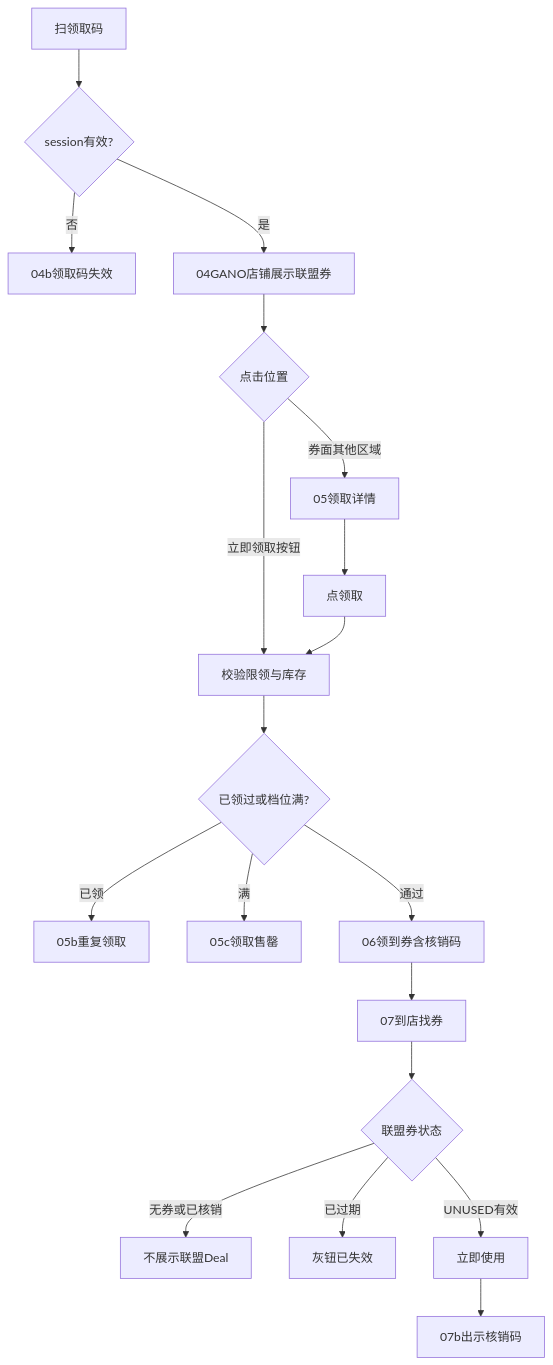
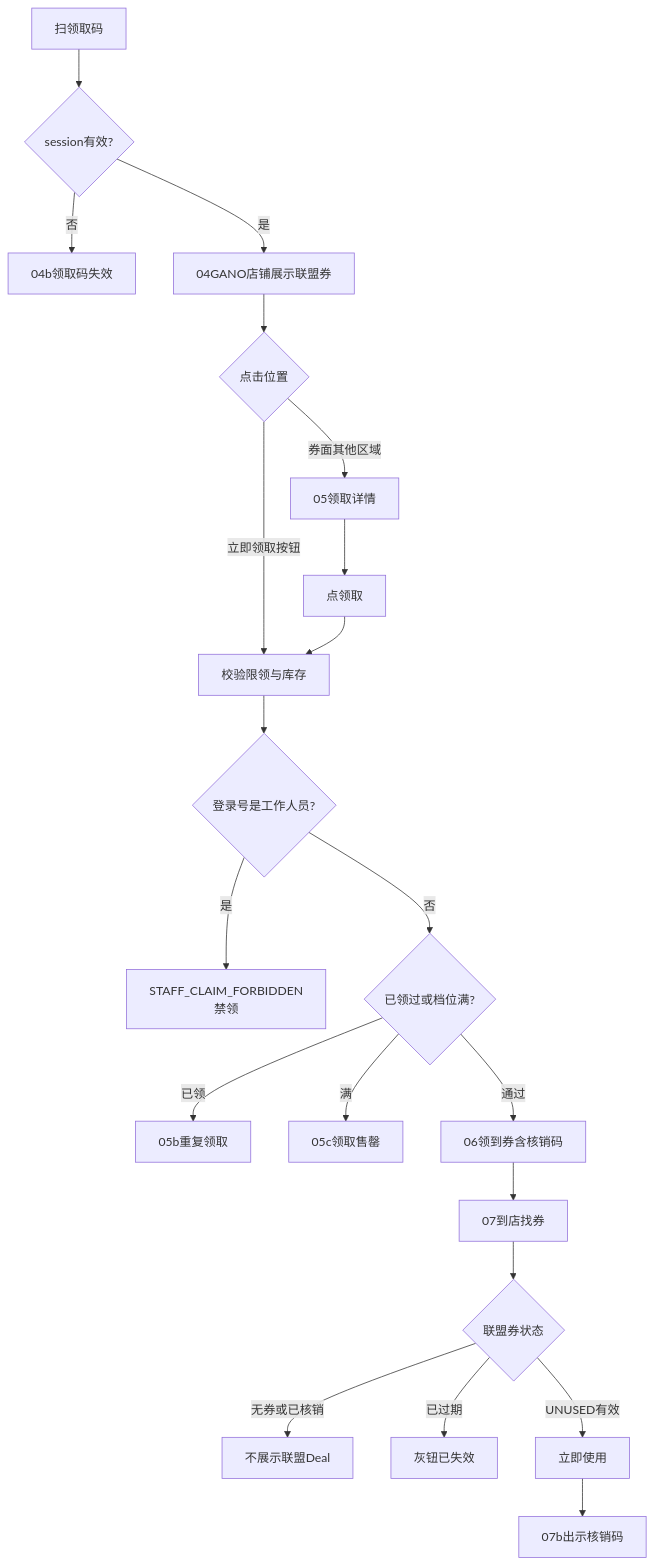
The fifth of 8 diagrams in docs/prd-剑琅美遇-联盟核销.md (XDean-Designer/gano), drawn with Mermaid before and after one commit. The commit also changed other lines of this file and 16 other files, not shown here.

````diff
--- a/docs/prd-剑琅美遇-联盟核销.md
+++ b/docs/prd-剑琅美遇-联盟核销.md
@@ -308,21 +317,23 @@
 ```mermaid
 flowchart TD
   scan[扫领取码] --> valid{session有效?}
   valid -->|否| bad[04b领取码失效]
   valid -->|是| shop[04GANO店铺展示联盟券]
   shop --> act{点击位置}
   act -->|立即领取按钮| check[校验限领与库存]
   act -->|券面其他区域| detail[05领取详情]
   detail --> tapClaim[点领取]
   tapClaim --> check
-  check --> limit{已领过或档位满?}
+  check --> staff{登录号是工作人员?}
+  staff -->|是| forbid[STAFF_CLAIM_FORBIDDEN禁领]
+  staff -->|否| limit{已领过或档位满?}
   limit -->|已领| dup[05b重复领取]
   limit -->|满| sold[05c领取售罄]
   limit -->|通过| ok[06领到券含核销码]
   ok --> later[07到店找券]
   later --> has{联盟券状态}
   has -->|无券或已核销| hide[不展示联盟Deal]
   has -->|已过期| grey[灰钮已失效]
   has -->|UNUSED有效| use[立即使用]
   use --> showCode[07b出示核销码]
 ```
````
